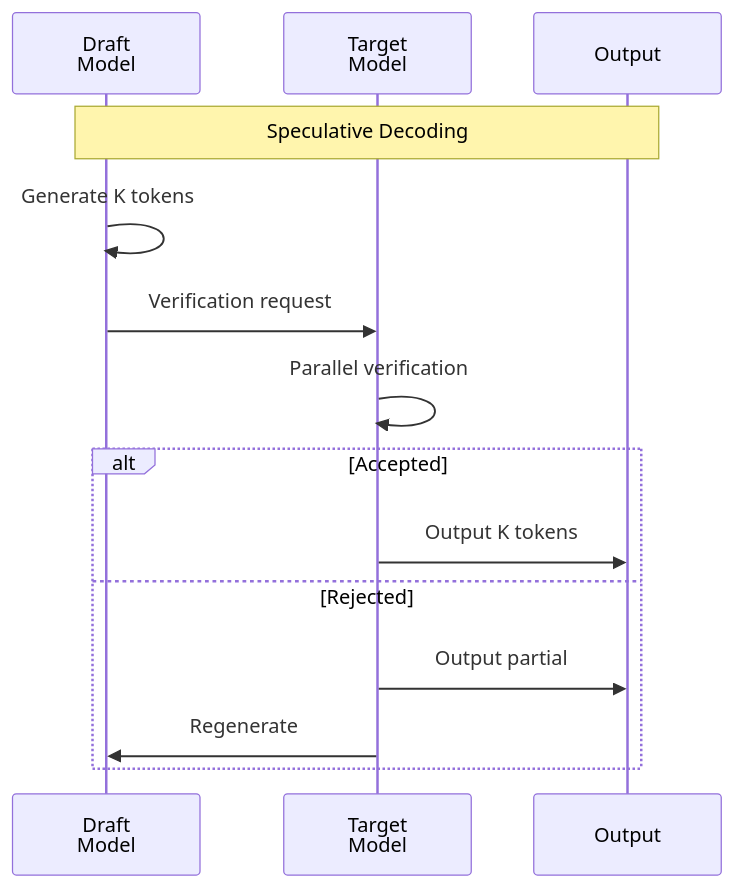
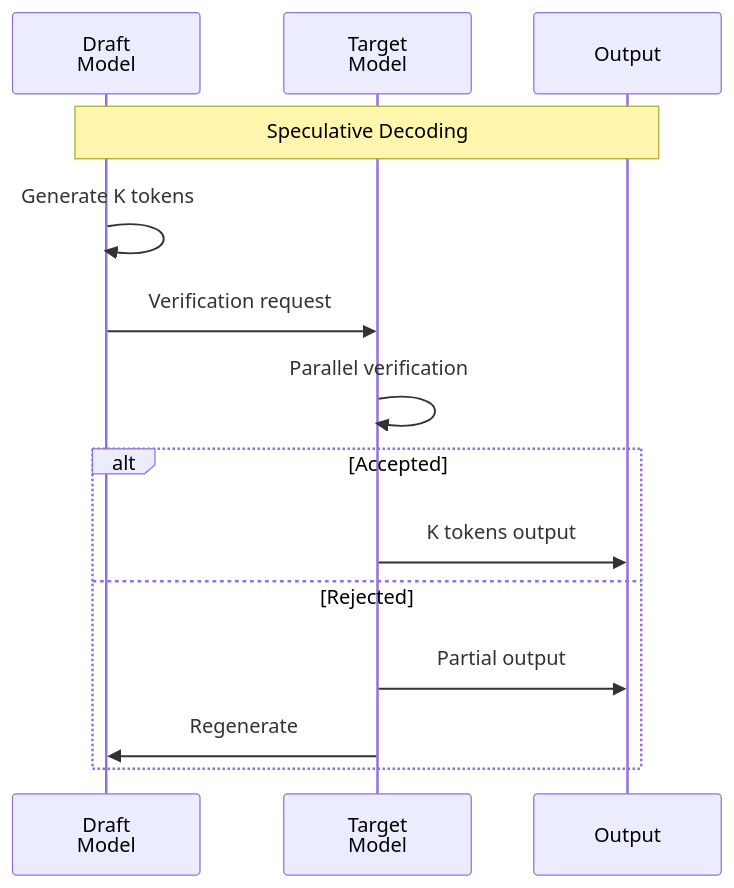
Before and after one commit to devfloor9/engineering-playbook: the sixth of 6 diagrams in i18n/en/docusaurus-plugin-content-docs/current/agentic-ai-platform/model-serving/moe-model-serving.md, drawn with Mermaid. The commit also changed other lines of this file and 95 other files, not shown here.

````diff
--- a/i18n/en/docusaurus-plugin-content-docs/current/agentic-ai-platform/model-serving/moe-model-serving.md
+++ b/i18n/en/docusaurus-plugin-content-docs/current/agentic-ai-platform/model-serving/moe-model-serving.md
@@ -949,19 +372,19 @@
 ```mermaid
 sequenceDiagram
     participant Draft as Draft<br/>Model
     participant Target as Target<br/>Model
     participant Out as Output
 
     Note over Draft,Out: Speculative Decoding
 
     Draft->>Draft: Generate K tokens
     Draft->>Target: Verification request
     Target->>Target: Parallel verification
 
     alt Accepted
-        Target->>Out: Output K tokens
+        Target->>Out: K tokens output
     else Rejected
-        Target->>Out: Output partial
+        Target->>Out: Partial output
         Target->>Draft: Regenerate
     end
 ```
````
